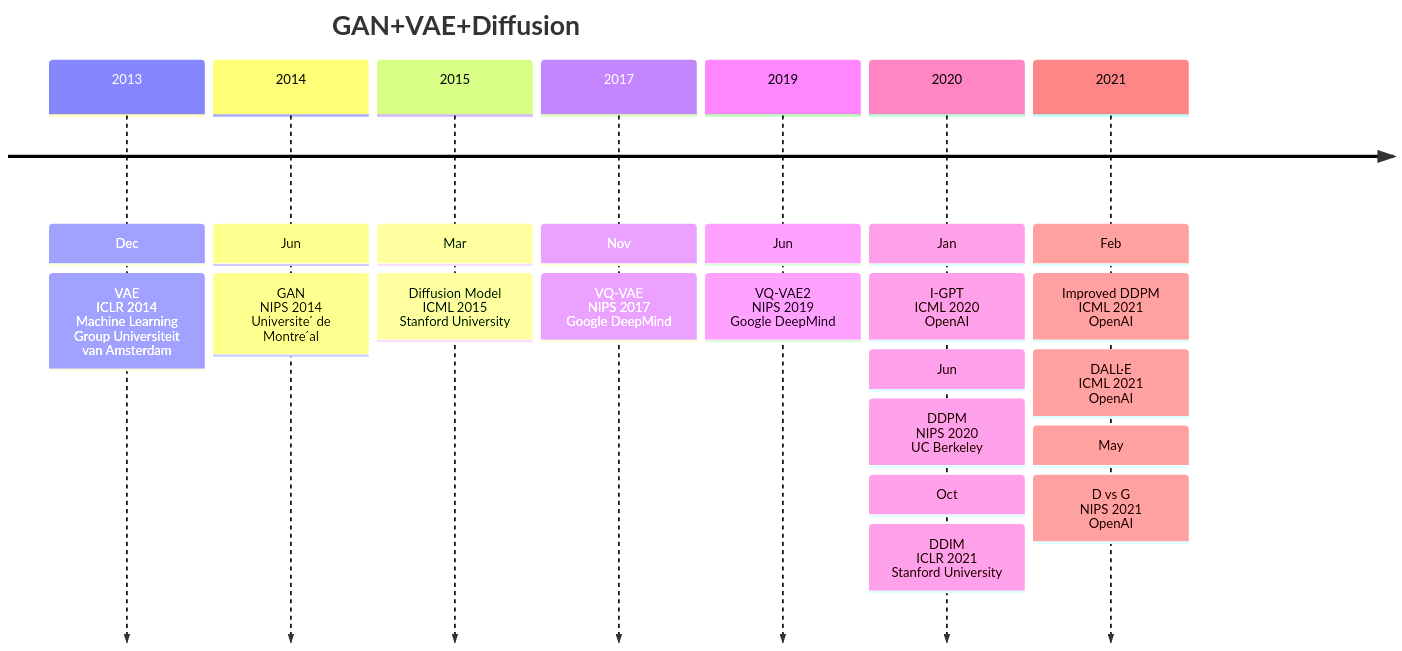
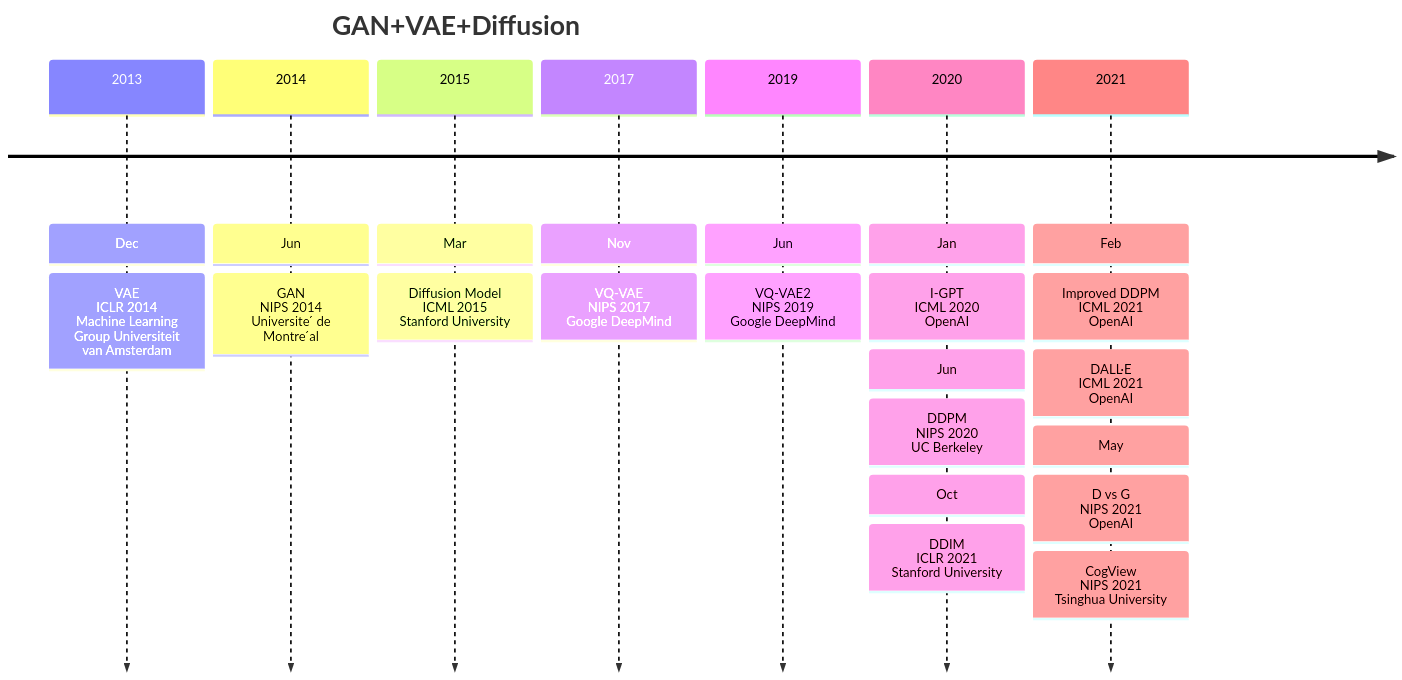
The first of 5 diagrams in Base_Model/GAN+VAE+Diffusion/analyse.md (Elephant-King9/Paper), drawn with Mermaid before and after one commit. The commit also changed other lines of this file and 3 other files, not shown here.

Commit message:
update_CogView: Mastering Text-to-Image Generation via Transformers

````diff
--- a/Base_Model/GAN+VAE+Diffusion/analyse.md
+++ b/Base_Model/GAN+VAE+Diffusion/analyse.md
@@ -5,26 +5,27 @@
 ```mermaid
 timeline
     title GAN+VAE+Diffusion
     2013 : Dec
     		 : VAE<br>ICLR 2014<br>Machine Learning Group Universiteit van Amsterdam
 
     2014 : Jun
     		 : GAN<br>NIPS 2014<br>Universite ́ de Montre ́al
     2015 : Mar
          : Diffusion Model<br>ICML 2015<br>Stanford University
     2017 : Nov
     		 : VQ-VAE<br>NIPS 2017<br>Google DeepMind
     2019 : Jun
     		 : VQ-VAE2<br>NIPS 2019<br>Google DeepMind
     2020 : Jan
     		 : I-GPT<br>ICML 2020<br>OpenAI
     		 : Jun
     		 : DDPM<br>NIPS 2020<br>UC Berkeley
     		 : Oct
     		 : DDIM<br>ICLR 2021<br>Stanford University
     2021 : Feb
     		 : Improved DDPM<br>ICML 2021<br>OpenAI
     		 : DALL·E<br>ICML 2021<br>OpenAI
     		 : May
     		 : D vs G<br>NIPS 2021<br>OpenAI
+    		 : CogView<br>NIPS 2021<br>Tsinghua University
 ```
````
